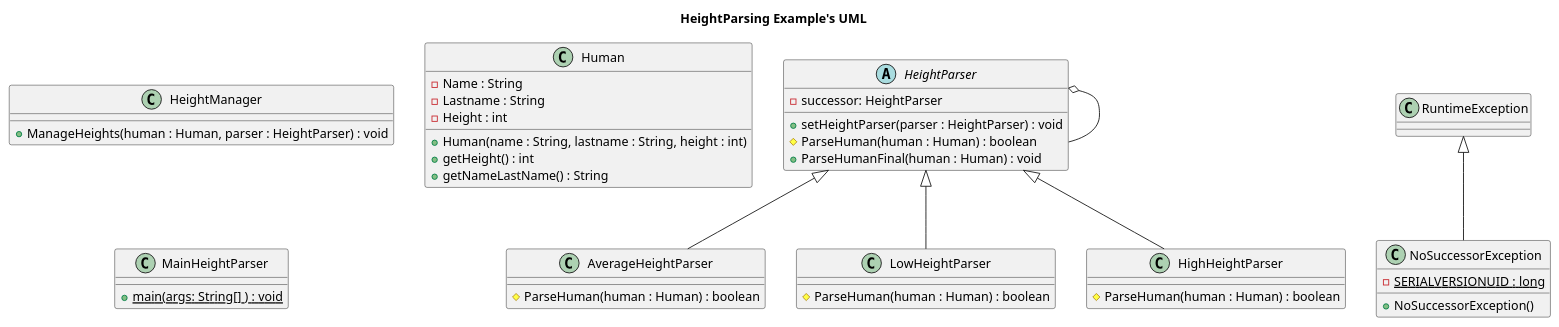
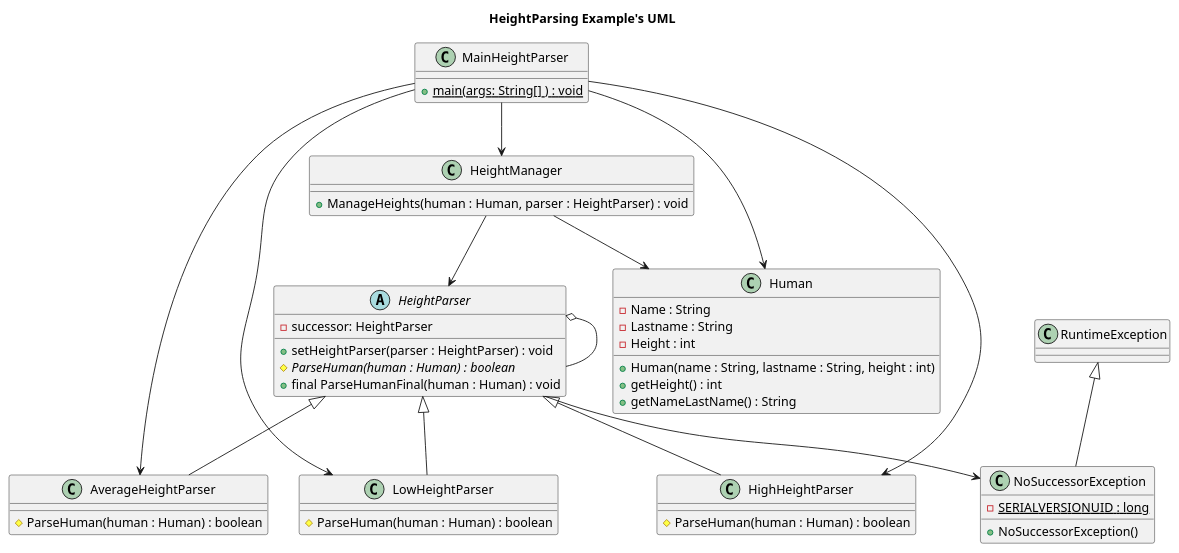
The diagram in ChainOfResponsibility/uml/HeightParsingUML.puml (BeqaKhaburdzania/FreeUni-SDP-2013-Lab-UML), drawn with PlantUML before and after one commit.

Commit message:
Class Diagram (2)
არ დაემატა წეღან

```diff
--- a/ChainOfResponsibility/uml/HeightParsingUML.puml
+++ b/ChainOfResponsibility/uml/HeightParsingUML.puml
@@ -1,45 +1,55 @@
 @startuml 
 	title HeightParsing Example's UML
 	class AverageHeightParser{
 		#ParseHuman(human : Human) : boolean
 	}
 	class LowHeightParser{
 		#ParseHuman(human : Human) : boolean
 	}	
 	class HighHeightParser{
 		#ParseHuman(human : Human) : boolean
 	}
 	class HeightManager{
 		+ManageHeights(human : Human, parser : HeightParser) : void
 	}
 	abstract class HeightParser{
 		-successor: HeightParser	
 		+setHeightParser(parser : HeightParser) : void
-		#ParseHuman(human : Human) : boolean
-		+ParseHumanFinal(human : Human) : void
+		#{abstract} ParseHuman(human : Human) : boolean
+		+ final ParseHumanFinal(human : Human) : void
 	}
 	class NoSuccessorException{
 		-{static} SERIALVERSIONUID : long
 		+NoSuccessorException()
 	}	
 	class RuntimeException {
 	}
 	class Human {
 		-Name : String
 		-Lastname : String
 		-Height : int
 		+Human(name : String, lastname : String, height : int)
 		+getHeight() : int
 		+getNameLastName() : String
 	}
 	class MainHeightParser{
 		+{static} main(args: String[] ) : void
 	}
 	
 	RuntimeException <|-- NoSuccessorException
 	HeightParser <|-- LowHeightParser
 	HeightParser <|-- HighHeightParser
 	HeightParser <|-- AverageHeightParser
 	
 	HeightParser o-- HeightParser
+	
+	
+	MainHeightParser -down-> Human
+	MainHeightParser -down-> HighHeightParser
+	MainHeightParser -down-> AverageHeightParser
+	MainHeightParser -down-> LowHeightParser
+	MainHeightParser -down-> HeightManager
+	HeightManager -down-> HeightParser
+	HeightManager -down-> Human
+	HeightParser -down-> NoSuccessorException
 @enduml
```
